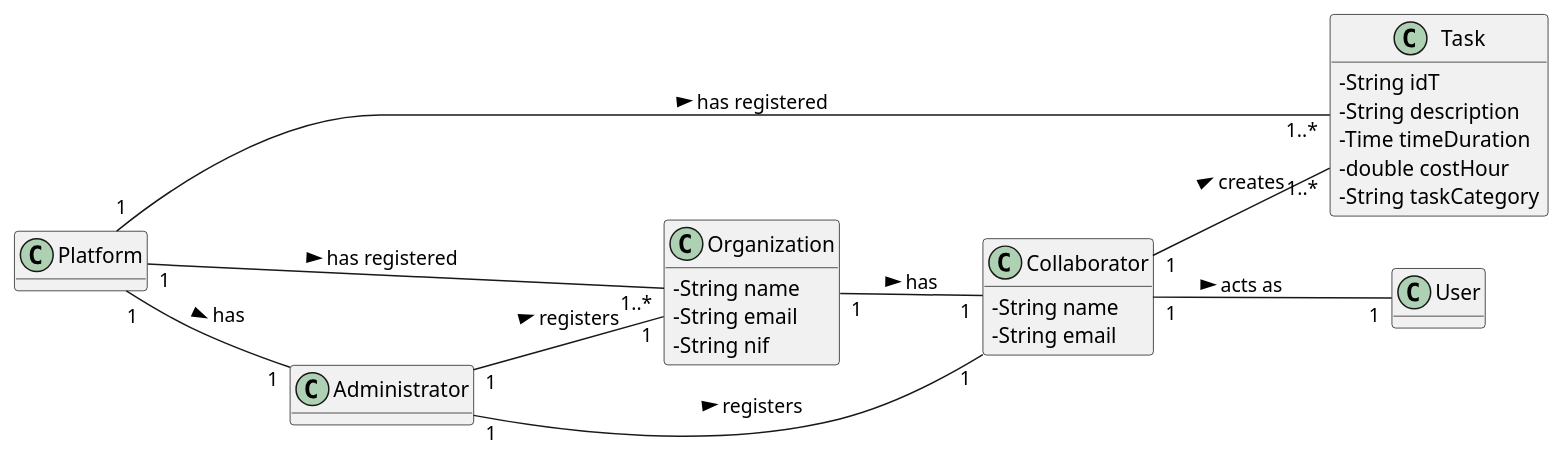
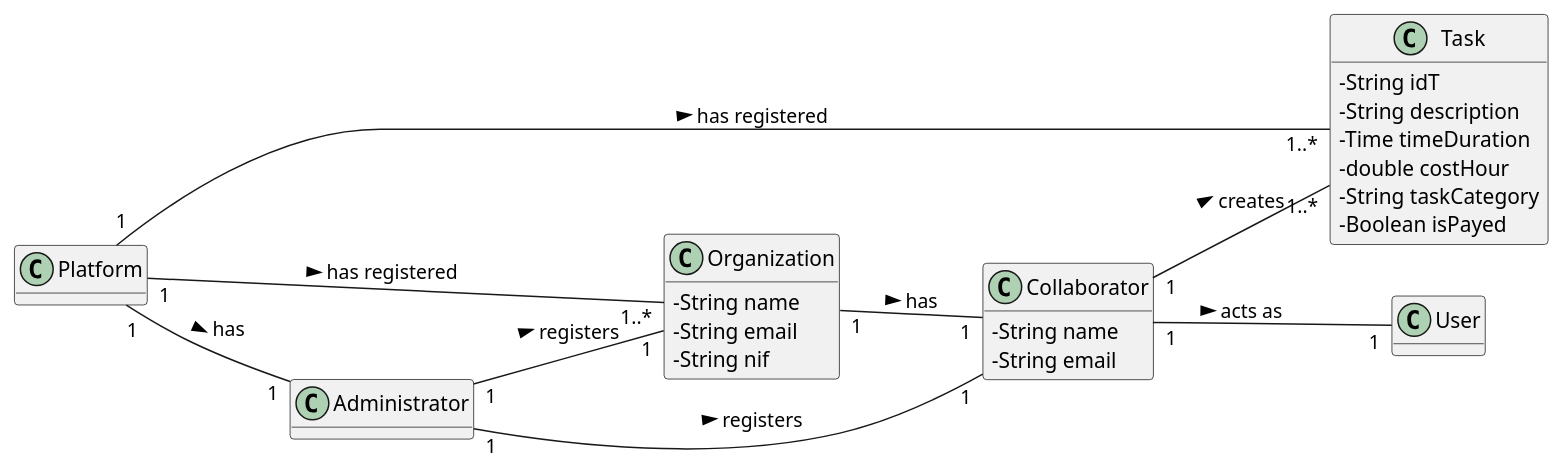
Before and after one commit to 1190452/LAPR2: the diagram in docs/UC2 - Create Task/UC2_MD.puml, drawn with PlantUML. The commit also changed 2 other files, not shown here.

Commit message:
[UC2] - corrections on the MD(added boolean isPayed)

```diff
--- a/docs/UC2 - Create Task/UC2_MD.puml
+++ b/docs/UC2 - Create Task/UC2_MD.puml
@@ -1,58 +1,59 @@
 @startuml
 skinparam classAttributeIconSize 0
 hide methods
 left to right direction
 
 class Platform{
 }
 
 
 class Organization {
   -String name
   -String email
   -String nif
 }
 
 class Collaborator{
   -String name
   -String email
 }
 
 class Task {
   -String idT
   -String description
   -Time timeDuration
   -double costHour
   -String taskCategory
+  -Boolean isPayed
 }
 
 
 class User {
 }
 
 
 
 Platform "1" -- "1..*" Organization: has registered >
 
 
 
 
 Organization "1" -- "1" Collaborator: has >
 Collaborator "1" -- "1" User: acts as >
 
 Administrator "1" -- "1" Organization: registers >
 
 Administrator "1" -- "1" Collaborator: registers >
 
 Platform "1" -- "1..*" Task: has registered >
 
 
 
 
 Platform "1" -- "1" Administrator: has >
 Collaborator "1" -- "1..*" Task: creates >
 
 
 
 
 @enduml
```
